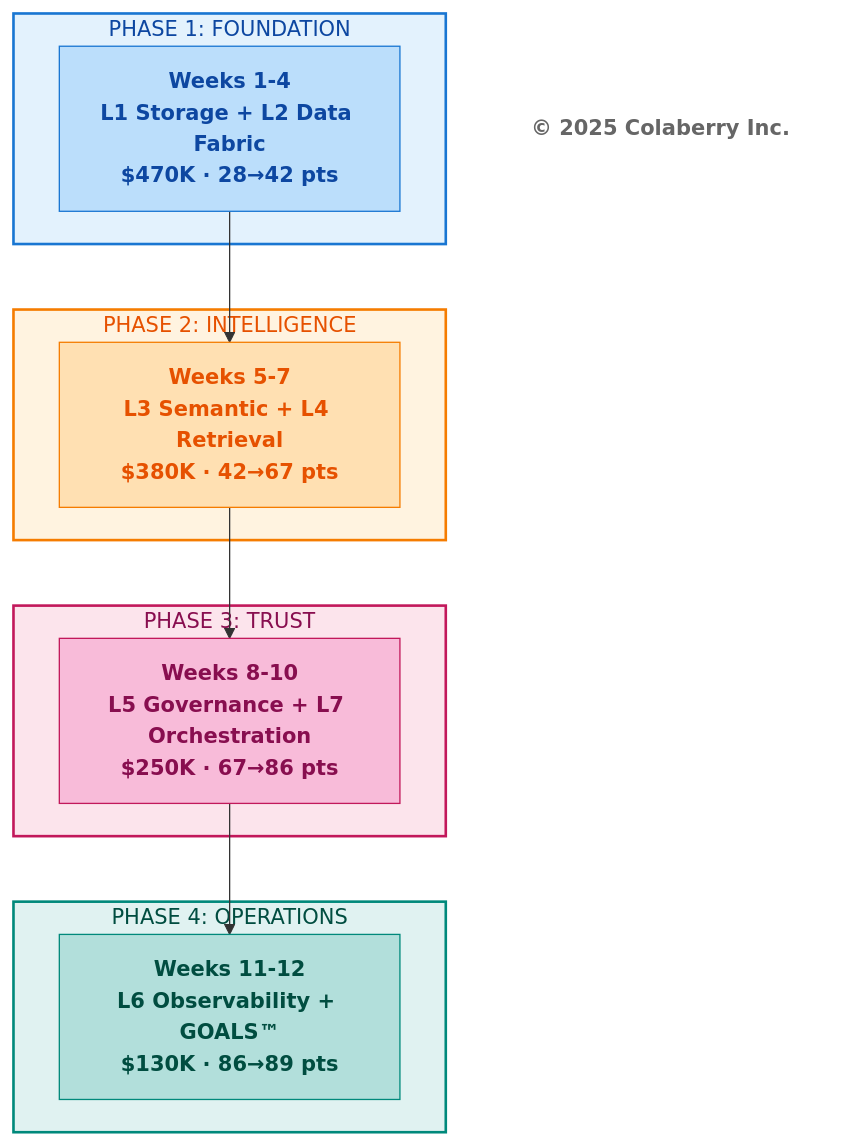
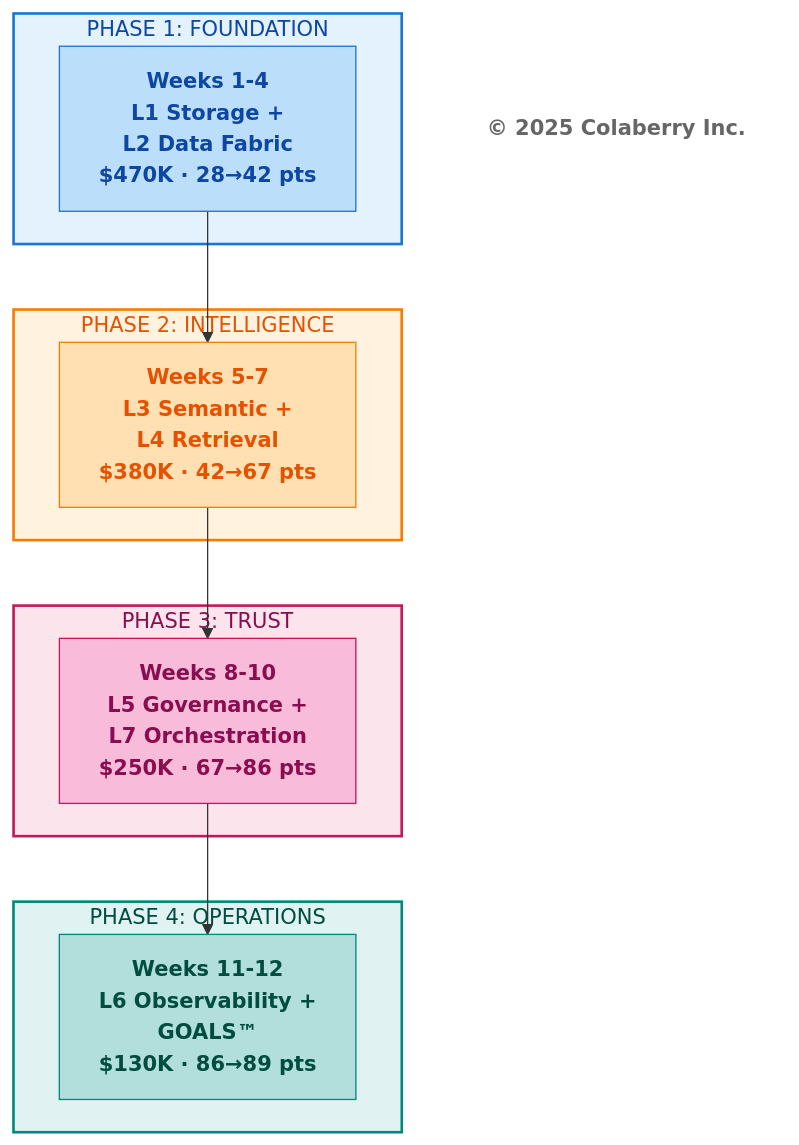
The second of 7 diagrams in manuscript/11_chapter_10_week_by_week_implementation_v1_2.md (colaberry/trust-before-intelligence-book), drawn with Mermaid before and after one commit. The commit also changed other lines of this file and 1 other file, not shown here.

Commit message:
Clearning up diagrams.

````diff
--- a/manuscript/11_chapter_10_week_by_week_implementation_v1_2.md
+++ b/manuscript/11_chapter_10_week_by_week_implementation_v1_2.md
@@ -96,32 +96,32 @@
 ```mermaid
 graph TD
     subgraph PHASE1["PHASE 1: FOUNDATION"]
-        P1["<b>Weeks 1-4</b><br/><b>L1 Storage + L2 Data Fabric</b><br/><b>$470K · 28→42 pts</b>"]
+        P1["<b>Weeks 1-4</b><br/><b>L1 Storage +<br/> L2 Data Fabric</b><br/><b>$470K · 28→42 pts</b>"]
     end
     
     subgraph PHASE2["PHASE 2: INTELLIGENCE"]
-        P2["<b>Weeks 5-7</b><br/><b>L3 Semantic + L4 Retrieval</b><br/><b>$380K · 42→67 pts</b>"]
+        P2["<b>Weeks 5-7</b><br/><b>L3 Semantic +<br/> L4 Retrieval</b><br/><b>$380K · 42→67 pts</b>"]
     end
     
     subgraph PHASE3["PHASE 3: TRUST"]
-        P3["<b>Weeks 8-10</b><br/><b>L5 Governance + L7 Orchestration</b><br/><b>$250K · 67→86 pts</b>"]
+        P3["<b>Weeks 8-10</b><br/><b>L5 Governance +<br/> L7 Orchestration</b><br/><b>$250K · 67→86 pts</b>"]
     end
     
     subgraph PHASE4["PHASE 4: OPERATIONS"]
-        P4["<b>Weeks 11-12</b><br/><b>L6 Observability + GOALS™</b><br/><b>$130K · 86→89 pts</b>"]
+        P4["<b>Weeks 11-12</b><br/><b>L6 Observability +<br/> GOALS™</b><br/><b>$130K · 86→89 pts</b>"]
     end
     
     P1 --> P2 --> P3 --> P4
     
     Copyright["<b>© 2025 Colaberry Inc.</b>"]
     
     style PHASE1 fill:#e3f2fd,stroke:#1976d2,stroke-width:2px,color:#0d47a1
     style PHASE2 fill:#fff3e0,stroke:#f57c00,stroke-width:2px,color:#e65100
     style PHASE3 fill:#fce4ec,stroke:#c2185b,stroke-width:2px,color:#880e4f
     style PHASE4 fill:#e0f2f1,stroke:#00897b,stroke-width:2px,color:#004d40
     style P1 fill:#bbdefb,stroke:#1976d2,color:#0d47a1
     style P2 fill:#ffe0b2,stroke:#f57c00,color:#e65100
     style P3 fill:#f8bbd9,stroke:#c2185b,color:#880e4f
     style P4 fill:#b2dfdb,stroke:#00897b,color:#004d40
     style Copyright fill:#ffffff,stroke:none,color:#666666
 ```
````
